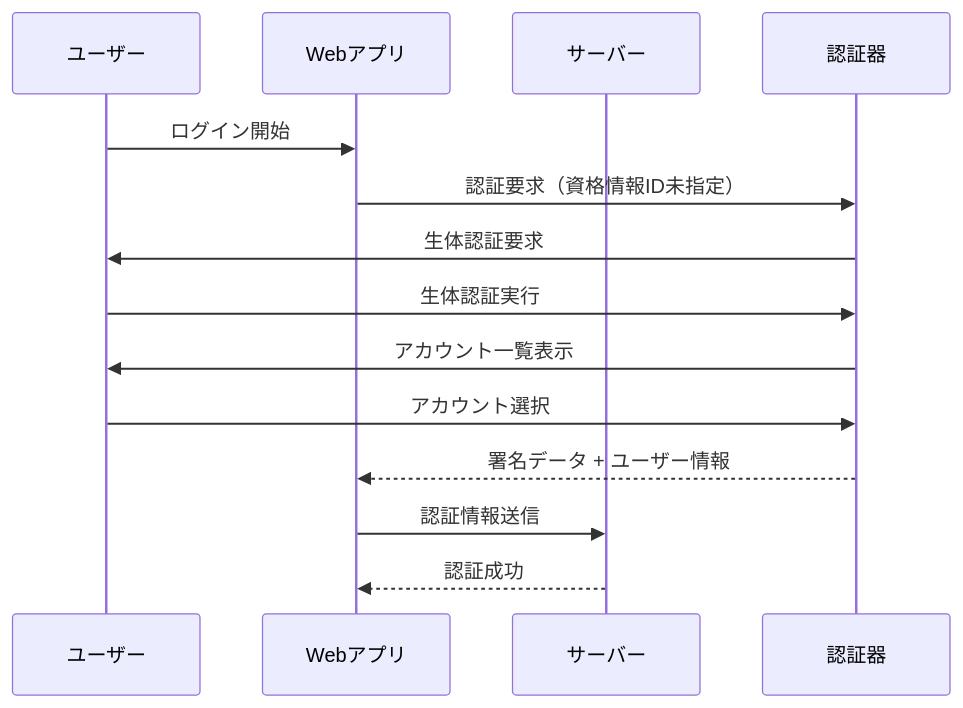
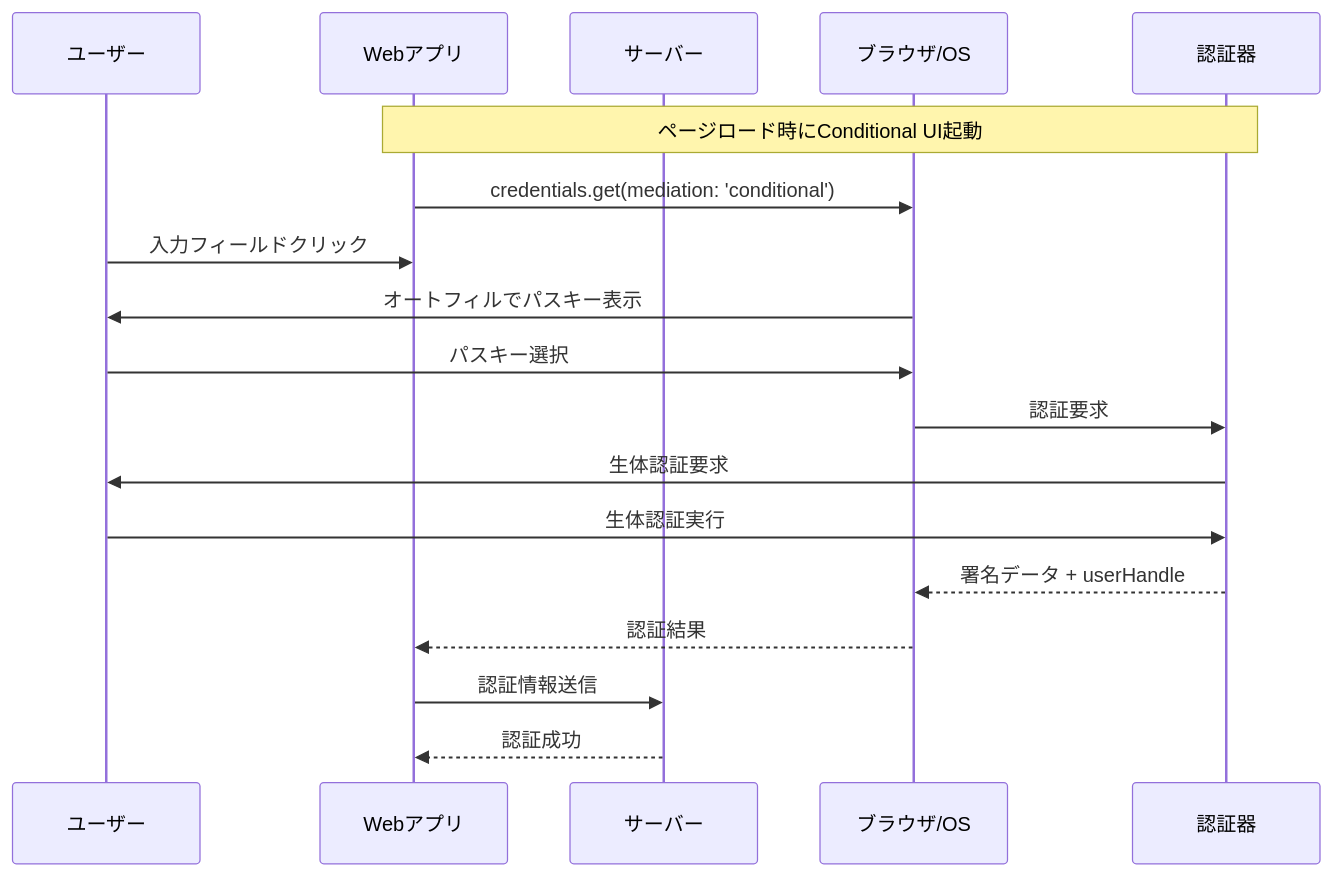
One commit to hirokazu-kobayashi-koba-hiro/idp-server changed the fourth of 8 diagrams in documentation/docs/content_03_concepts/basic/basic-17-fido2-passkey-discoverable-credential.md. Above: the diagram before and after it, drawn with Mermaid. The commit also changed other lines of this file and 32 other files, not shown here.

````diff
--- a/documentation/docs/content_03_concepts/basic/basic-17-fido2-passkey-discoverable-credential.md
+++ b/documentation/docs/content_03_concepts/basic/basic-17-fido2-passkey-discoverable-credential.md
@@ -157,17 +171,21 @@
 ```mermaid
 sequenceDiagram
     participant User as ユーザー
     participant WebApp as Webアプリ
     participant Server as サーバー
+    participant Browser as ブラウザ/OS
     participant Auth as 認証器
 
-    User->>WebApp: ログイン開始
-    WebApp->>Auth: 認証要求（資格情報ID未指定）
+    Note over WebApp,Auth: ページロード時にConditional UI起動
+    WebApp->>Browser: credentials.get(mediation: 'conditional')
+    User->>WebApp: 入力フィールドクリック
+    Browser->>User: オートフィルでパスキー表示
+    User->>Browser: パスキー選択
+    Browser->>Auth: 認証要求
     Auth->>User: 生体認証要求
     User->>Auth: 生体認証実行
-    Auth->>User: アカウント一覧表示
-    User->>Auth: アカウント選択
-    Auth-->>WebApp: 署名データ + ユーザー情報
+    Auth-->>Browser: 署名データ + userHandle
+    Browser-->>WebApp: 認証結果
     WebApp->>Server: 認証情報送信
     Server-->>WebApp: 認証成功
 ```
````
